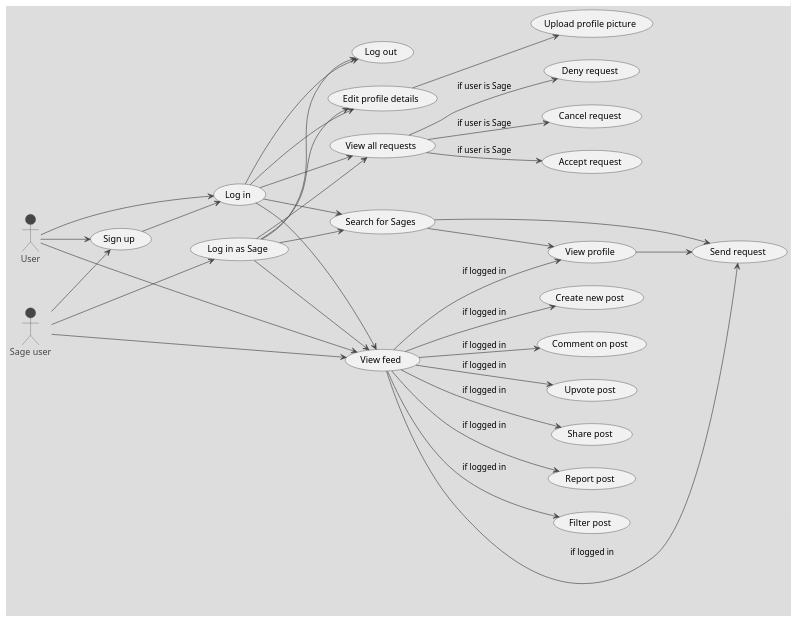
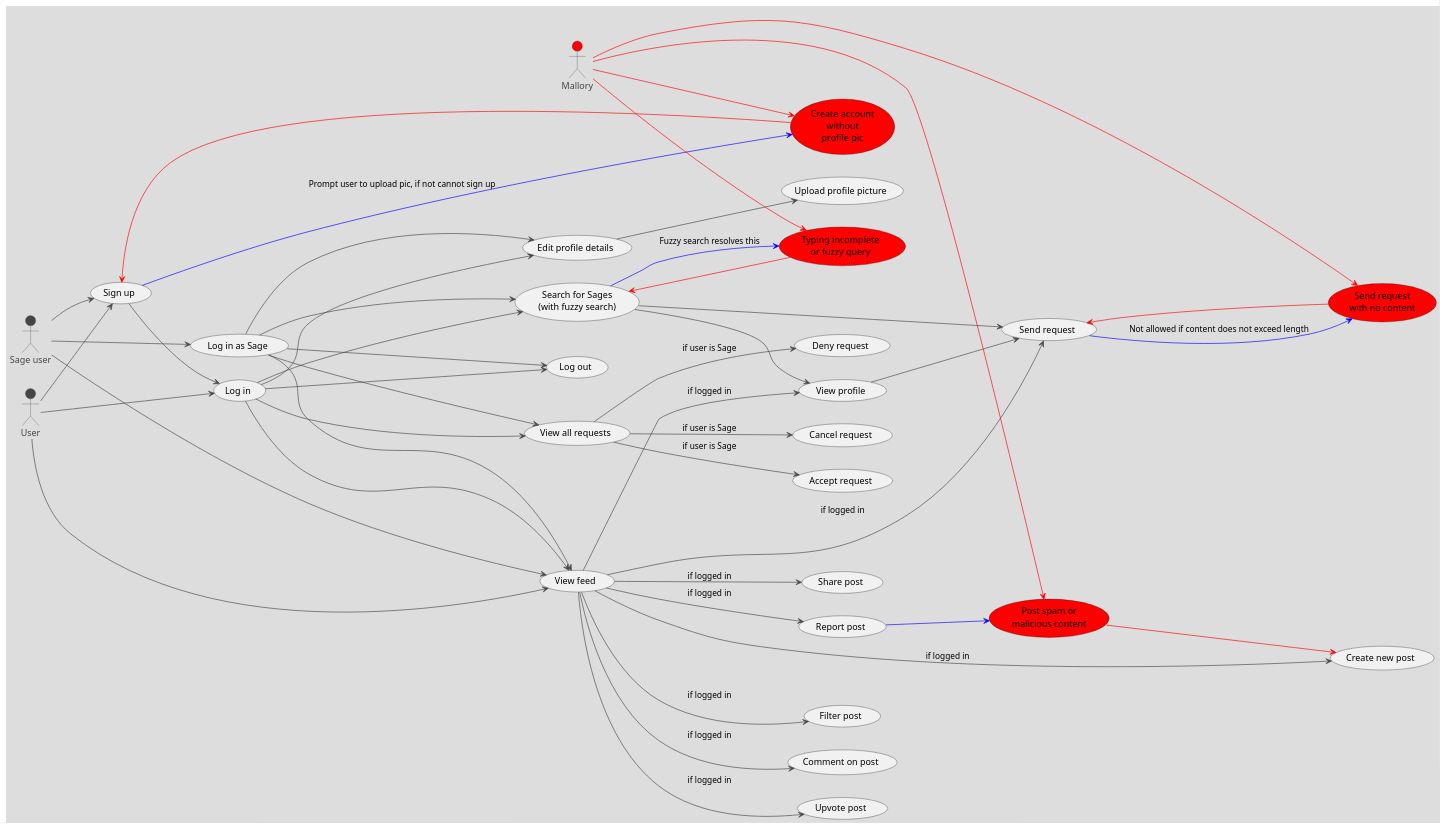
The diagram in ESC Project/sage_usecases.plantuml (IvanFengJK/ESC_Diagrams_Plantuml), drawn with PlantUML before and after one commit. The commit also changed 1 other file, not shown here.

```diff
--- a/ESC Project/sage_usecases.plantuml
+++ b/ESC Project/sage_usecases.plantuml
@@ -1,71 +1,92 @@
 @startuml sage_use_cases
 !theme toy
 left to right direction
 actor :User: as publicUser
 actor :Sage user: as sage
+actor :Mallory: as mallory #red
 
 "Sign up" as (signup)
 "Log in" as (login)
 "Log in as Sage" as (loginAsSage)
 "Log out" as (logout)
 "Send request" as (sendReq)
 "Cancel request" as (cancelReq)
 "Accept request" as (acceptReq)
 "Deny request" as (denyReq)
 "Edit profile details" as (editProfile)
 "Upload profile picture" as (uploadProfilePicture)
 "View profile" as (viewProfile)
-"Search for Sages" as (search)
+"Search for Sages\n(with fuzzy search)" as (search)
 "View feed" as (viewFeed)
 "Create new post" as (createPost)
 "Comment on post" as (comment)
 "Upvote post" as (upvotePost)
 "Share post" as (sharePost)
 "Report post" as (reportPost)
 "Filter post" as (filterPost)
 "View all requests" as (viewReqs)
 
 (signup) --> (login)
 (login) --> (logout)
 (loginAsSage) --> (logout)
 
 
 publicUser --> (signup)
 publicUser --> (login)
 publicUser --> (viewFeed)
 
 sage --> (signup)
 sage --> (loginAsSage)
 sage --> (viewFeed)
 
 (login) --> (editProfile)
 (login) --> (search)
 (login) --> (viewFeed)
 (login) --> (viewReqs)
 
 (loginAsSage) --> (editProfile)
 (loginAsSage) --> (search)
 (loginAsSage) --> (viewFeed)
 (loginAsSage) --> (viewReqs)
 (viewReqs) --> (acceptReq)      : "if user is Sage"
 (viewReqs) --> (denyReq)      : "if user is Sage"
 (editProfile) --> (uploadProfilePicture)
 
 
 (search) --> (viewProfile)
 (viewFeed) --> (viewProfile) : "if logged in"
 (viewFeed) --> (createPost) : "if logged in"
 (viewFeed) --> (comment) : "if logged in"
 (viewFeed) --> (upvotePost) : "if logged in"
 (viewFeed) --> (sharePost) : "if logged in"
 (viewFeed) --> (reportPost) : "if logged in"
 (viewFeed) --> (filterPost) : "if logged in"
 (viewFeed) --> (sendReq) : "if logged in"
 (viewProfile) --> (sendReq)
 (search) --> (sendReq)
 (viewReqs) --> (cancelReq) : "if user is Sage"
 
 
+"Post spam or\nmalicious content" as (postSpam) #red
+(postSpam) --> (createPost) #red
+mallory --> (postSpam) #red
+
+"Send request\nwith no content" as (sendReq0) #red
+(sendReq0) --> (sendReq) #red
+mallory --> (sendReq0) #red
+
+"Create account\nwithout\nprofile pic" as (createAcctnopic) #red
+(createAcctnopic) --> (signup) #red
+mallory --> (createAcctnopic) #red
+
+"Typing incomplete\nor fuzzy query" as (typingIncomplete) #red
+(typingIncomplete) --> (search) #red
+mallory --> (typingIncomplete) #red
+
+(reportPost) -[#blue]-> (postSpam) 
+(sendReq) -[#blue]-> (sendReq0) : Not allowed if content does not exceed length
+(signup) -[#blue]-> (createAcctnopic) : Prompt user to upload pic, if not cannot sign up 
+(search) -[#blue]-> (typingIncomplete) : Fuzzy search resolves this 
 
 
 @enduml
```
